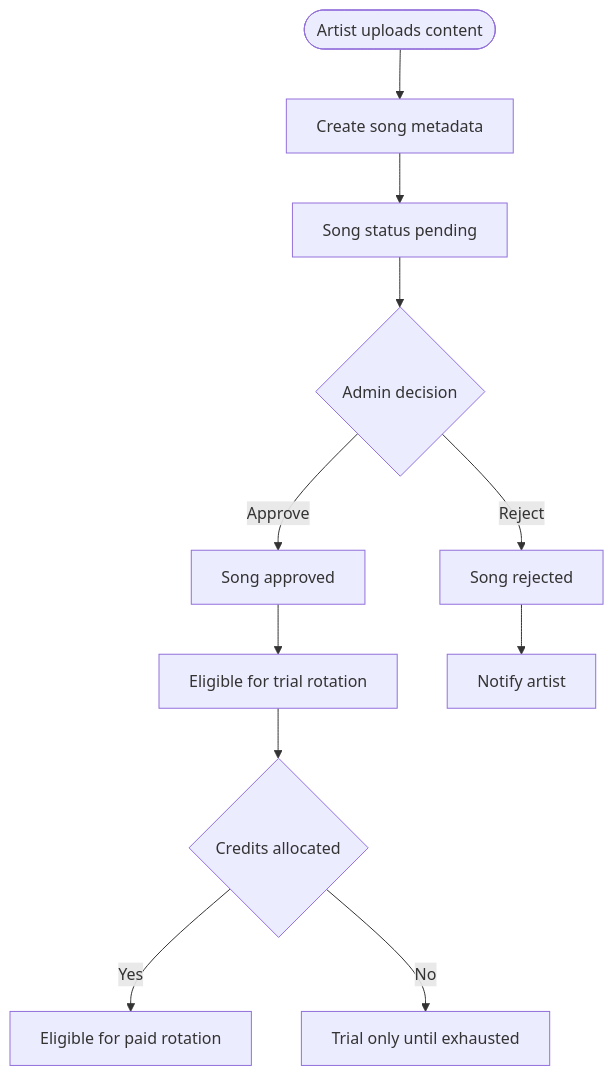
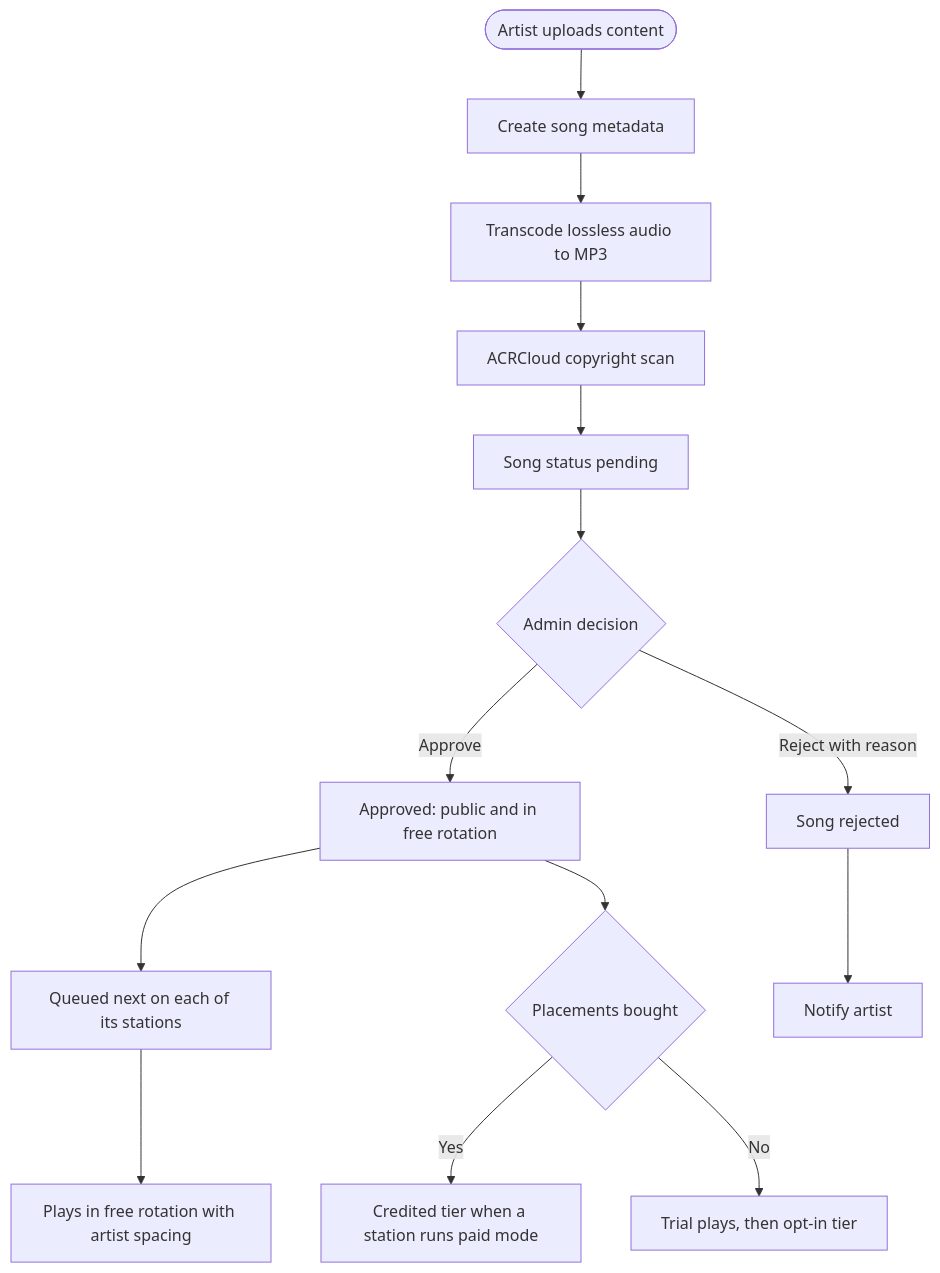
One commit to Tmaku18/RADIOapp changed the eighth of 14 diagrams in docs/UML/uml-diagrams.md. Above: the diagram before and after it, drawn with Mermaid. The commit also changed other lines of this file and 64 other files, not shown here.

````diff
--- a/docs/UML/uml-diagrams.md
+++ b/docs/UML/uml-diagrams.md
@@ -112,13 +151,16 @@
 ```mermaid
 flowchart TD
   UploadStart([Artist uploads content]) --> SubmitSong[Create song metadata]
-  SubmitSong --> PendingReview[Song status pending]
+  SubmitSong --> Transcode[Transcode lossless audio to MP3]
+  Transcode --> CopyrightScan[ACRCloud copyright scan]
+  CopyrightScan --> PendingReview[Song status pending]
   PendingReview --> AdminDecision{Admin decision}
-  AdminDecision -->|Approve| ApprovedSong[Song approved]
-  AdminDecision -->|Reject| RejectedSong[Song rejected]
-  ApprovedSong --> TrialRotation[Eligible for trial rotation]
-  TrialRotation --> CreditDecision{Credits allocated}
-  CreditDecision -->|Yes| PaidRotation[Eligible for paid rotation]
-  CreditDecision -->|No| TrialOnly[Trial only until exhausted]
+  AdminDecision -->|Approve| ApprovedSong[Approved: public and in free rotation]
+  AdminDecision -->|Reject with reason| RejectedSong[Song rejected]
+  ApprovedSong --> QueueNext[Queued next on each of its stations]
+  QueueNext --> FreeRotation[Plays in free rotation with artist spacing]
+  ApprovedSong --> PlacementDecision{Placements bought}
+  PlacementDecision -->|Yes| PaidRotation[Credited tier when a station runs paid mode]
+  PlacementDecision -->|No| TrialOnly[Trial plays, then opt-in tier]
   RejectedSong --> NotifyArtist[Notify artist]
 ```
````
